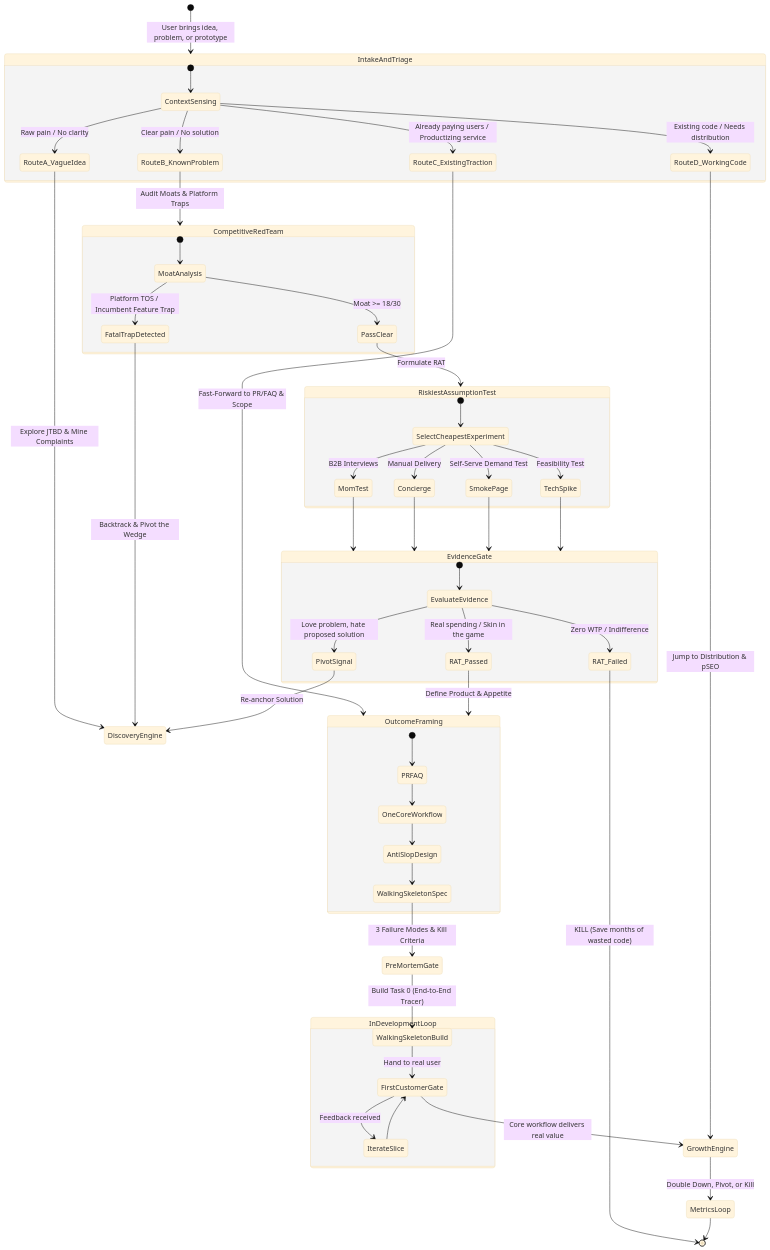
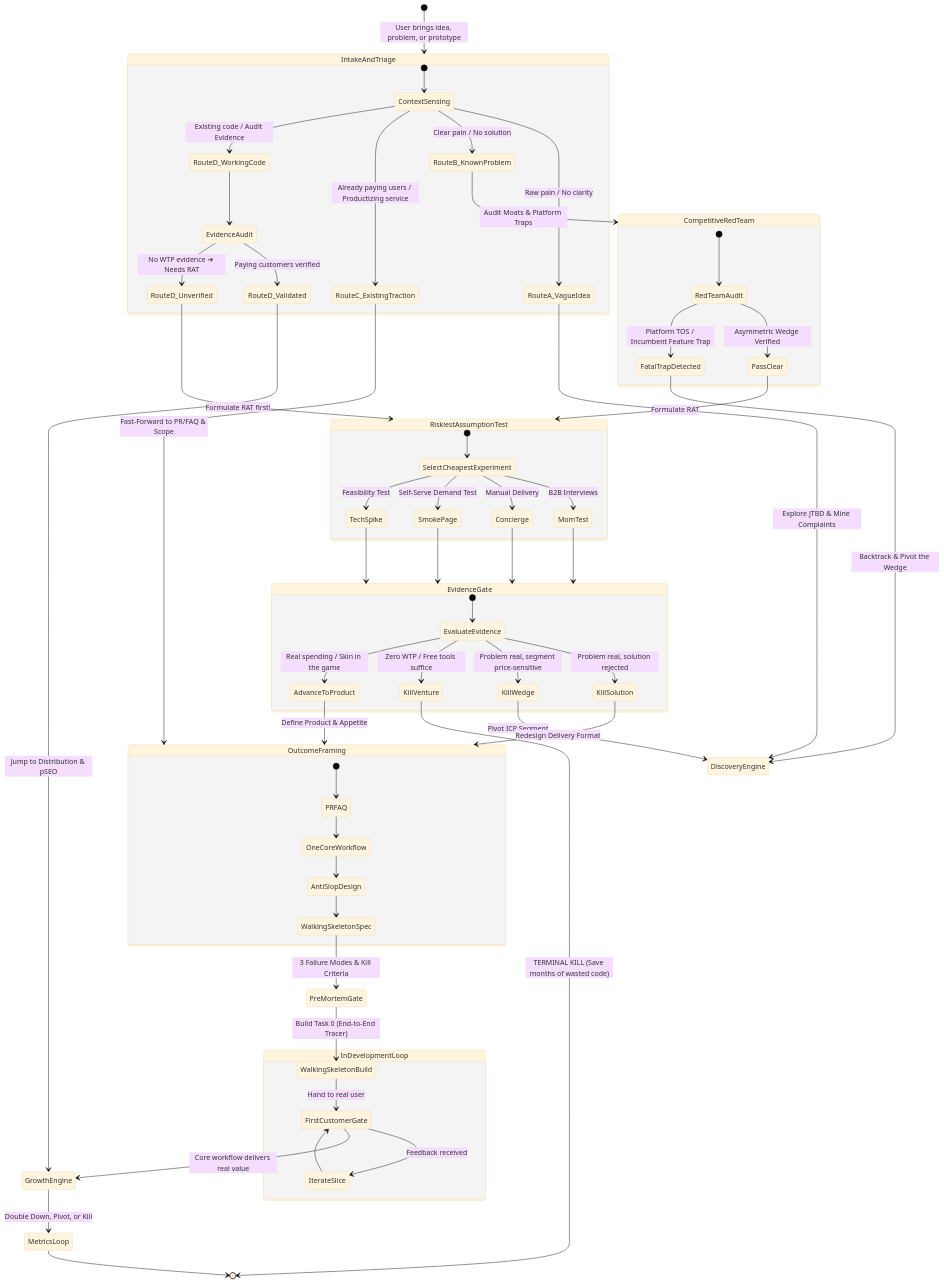
One commit to aroucadi/microsaas-os changed the second of 2 diagrams in README.md. Above: the diagram before and after it, drawn with Mermaid (base theme). The commit also changed other lines of this file and 6 other files, not shown here.

Commit message:
feat: implement Three-Layer Architecture with 4D evidence, 3-tier termination, autonomy matrix, opportunity cost engine, and structured state schema

````diff
--- a/README.md
+++ b/README.md
@@ -159,70 +154,76 @@
 ```mermaid
 stateDiagram-v2
     [*] --> IntakeAndTriage: User brings idea, problem, or prototype
 
     state IntakeAndTriage {
         [*] --> ContextSensing
         ContextSensing --> RouteA_VagueIdea: Raw pain / No clarity
         ContextSensing --> RouteB_KnownProblem: Clear pain / No solution
         ContextSensing --> RouteC_ExistingTraction: Already paying users / Productizing service
-        ContextSensing --> RouteD_WorkingCode: Existing code / Needs distribution
+        ContextSensing --> RouteD_WorkingCode: Existing code / Audit Evidence
+        RouteD_WorkingCode --> EvidenceAudit
+        EvidenceAudit --> RouteD_Validated: Paying customers verified
+        EvidenceAudit --> RouteD_Unverified: No WTP evidence ➔ Needs RAT
     }
 
     RouteA_VagueIdea --> DiscoveryEngine: Explore JTBD & Mine Complaints
     RouteB_KnownProblem --> CompetitiveRedTeam: Audit Moats & Platform Traps
     RouteC_ExistingTraction --> OutcomeFraming: Fast-Forward to PR/FAQ & Scope
-    RouteD_WorkingCode --> GrowthEngine: Jump to Distribution & pSEO
+    RouteD_Validated --> GrowthEngine: Jump to Distribution & pSEO
+    RouteD_Unverified --> RiskiestAssumptionTest: Formulate RAT first!
 
     state CompetitiveRedTeam {
-        [*] --> MoatAnalysis
-        MoatAnalysis --> PassClear: Moat >= 18/30
-        MoatAnalysis --> FatalTrapDetected: Platform TOS / Incumbent Feature Trap
+        [*] --> RedTeamAudit
+        RedTeamAudit --> PassClear: Asymmetric Wedge Verified
+        RedTeamAudit --> FatalTrapDetected: Platform TOS / Incumbent Feature Trap
     }
 
     FatalTrapDetected --> DiscoveryEngine: Backtrack & Pivot the Wedge
     PassClear --> RiskiestAssumptionTest: Formulate RAT
 
     state RiskiestAssumptionTest {
         [*] --> SelectCheapestExperiment
         SelectCheapestExperiment --> MomTest: B2B Interviews
         SelectCheapestExperiment --> Concierge: Manual Delivery
         SelectCheapestExperiment --> SmokePage: Self-Serve Demand Test
         SelectCheapestExperiment --> TechSpike: Feasibility Test
     }
 
     MomTest --> EvidenceGate
     Concierge --> EvidenceGate
     SmokePage --> EvidenceGate
     TechSpike --> EvidenceGate
 
     state EvidenceGate {
         [*] --> EvaluateEvidence
-        EvaluateEvidence --> RAT_Failed: Zero WTP / Indifference
-        EvaluateEvidence --> RAT_Passed: Real spending / Skin in the game
-        EvaluateEvidence --> PivotSignal: Love problem, hate proposed solution
+        EvaluateEvidence --> KillSolution: Problem real, solution rejected
+        EvaluateEvidence --> KillWedge: Problem real, segment price-sensitive
+        EvaluateEvidence --> KillVenture: Zero WTP / Free tools suffice
+        EvaluateEvidence --> AdvanceToProduct: Real spending / Skin in the game
     }
 
-    RAT_Failed --> [*]: KILL (Save months of wasted code)
-    PivotSignal --> DiscoveryEngine: Re-anchor Solution
-    RAT_Passed --> OutcomeFraming: Define Product & Appetite
+    KillVenture --> [*]: TERMINAL KILL (Save months of wasted code)
+    KillWedge --> DiscoveryEngine: Pivot ICP Segment
+    KillSolution --> OutcomeFraming: Redesign Delivery Format
+    AdvanceToProduct --> OutcomeFraming: Define Product & Appetite
 
     state OutcomeFraming {
         [*] --> PRFAQ
         PRFAQ --> OneCoreWorkflow
         OneCoreWorkflow --> AntiSlopDesign
         AntiSlopDesign --> WalkingSkeletonSpec
     }
 
     WalkingSkeletonSpec --> PreMortemGate: 3 Failure Modes & Kill Criteria
     PreMortemGate --> WalkingSkeletonBuild: Build Task 0 (End-to-End Tracer)
 
     state InDevelopmentLoop {
         WalkingSkeletonBuild --> FirstCustomerGate: Hand to real user
         FirstCustomerGate --> IterateSlice: Feedback received
         IterateSlice --> FirstCustomerGate
     }
 
     FirstCustomerGate --> GrowthEngine: Core workflow delivers real value
     GrowthEngine --> MetricsLoop: Double Down, Pivot, or Kill
     MetricsLoop --> [*]
 ```
````
